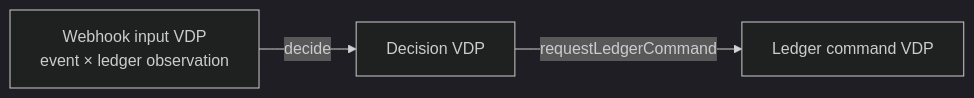
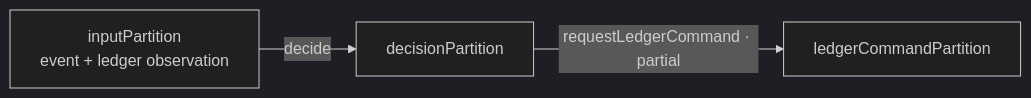
The diagram in README.md (mrvanish97/archiscript), drawn with Mermaid (dark theme) before and after one commit. The commit also changed other lines of this file and 24 other files, not shown here.

````diff
--- a/README.md
+++ b/README.md
@@ -86,5 +78,5 @@
 ```mermaid
 flowchart LR
-    A["Webhook input VDP<br/>event × ledger observation"] -->|decide| B["Decision VDP"]
-    B -->|requestLedgerCommand| C["Ledger command VDP"]
+    Input["inputPartition<br/>event + ledger observation"] -->|decide| Decision["decisionPartition"]
+    Decision -->|requestLedgerCommand · partial| Ledger["ledgerCommandPartition"]
 ```
````
